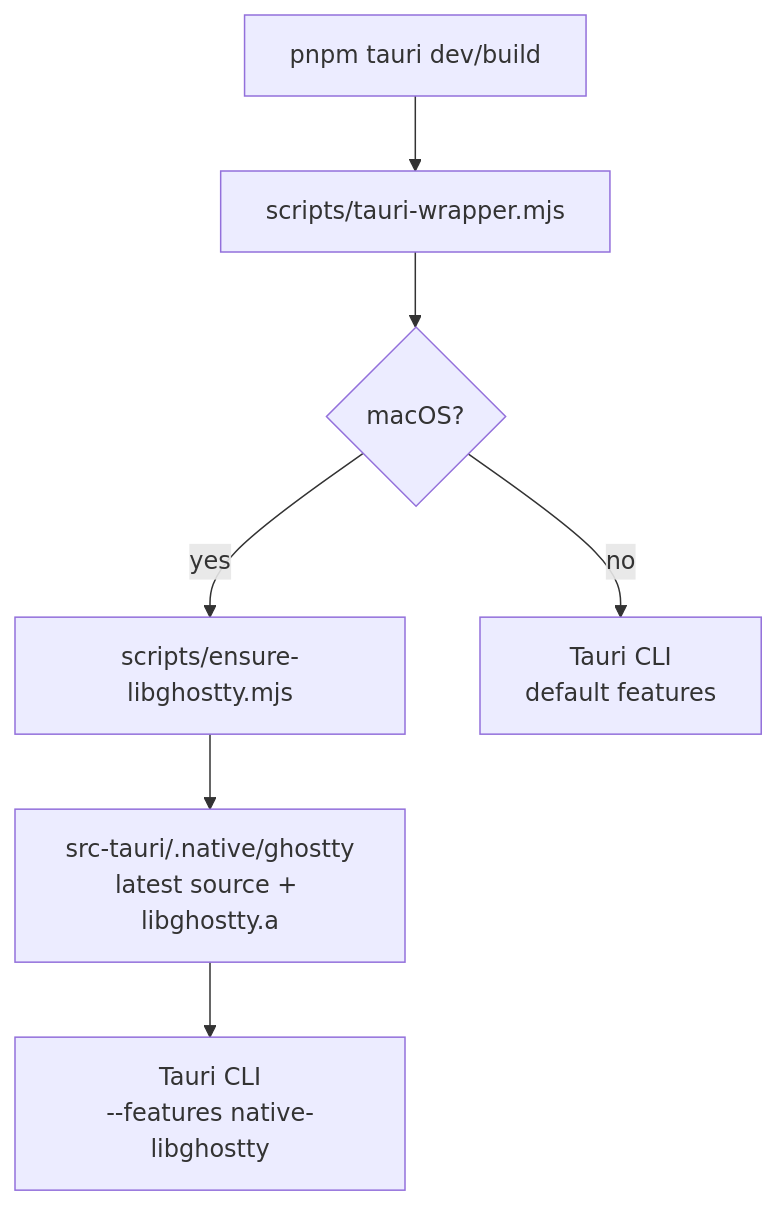
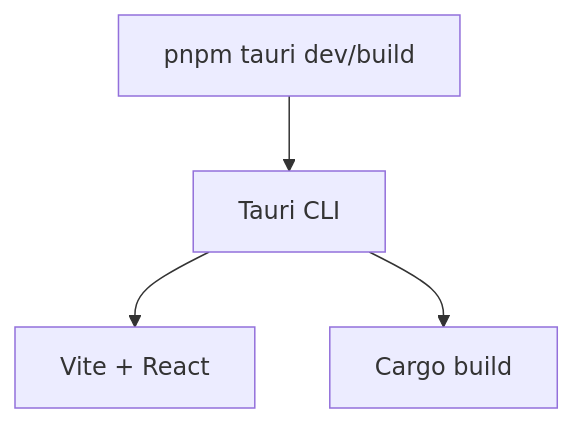
Before and after one commit to ByeongGi/munix: the sixth of 6 diagrams in docs/app-runtime-architecture.md, drawn with Mermaid. The commit also changed other lines of this file and 28 other files, not shown here.

````diff
--- a/docs/app-runtime-architecture.md
+++ b/docs/app-runtime-architecture.md
@@ -191,17 +169,11 @@
 ```mermaid
 flowchart TB
   Pnpm["pnpm tauri dev/build"]
-  Wrapper["scripts/tauri-wrapper.mjs"]
-  IsMac{"macOS?"}
-  Prepare["scripts/ensure-libghostty.mjs"]
-  Ghostty["src-tauri/.native/ghostty<br/>latest source + libghostty.a"]
-  TauriNative["Tauri CLI<br/>--features native-libghostty"]
-  TauriDefault["Tauri CLI<br/>default features"]
+  Tauri["Tauri CLI"]
+  Frontend["Vite + React"]
+  Rust["Cargo build"]
 
-  Pnpm --> Wrapper
-  Wrapper --> IsMac
-  IsMac -->|yes| Prepare
-  Prepare --> Ghostty
-  Ghostty --> TauriNative
-  IsMac -->|no| TauriDefault
+  Pnpm --> Tauri
+  Tauri --> Frontend
+  Tauri --> Rust
 ```
````
